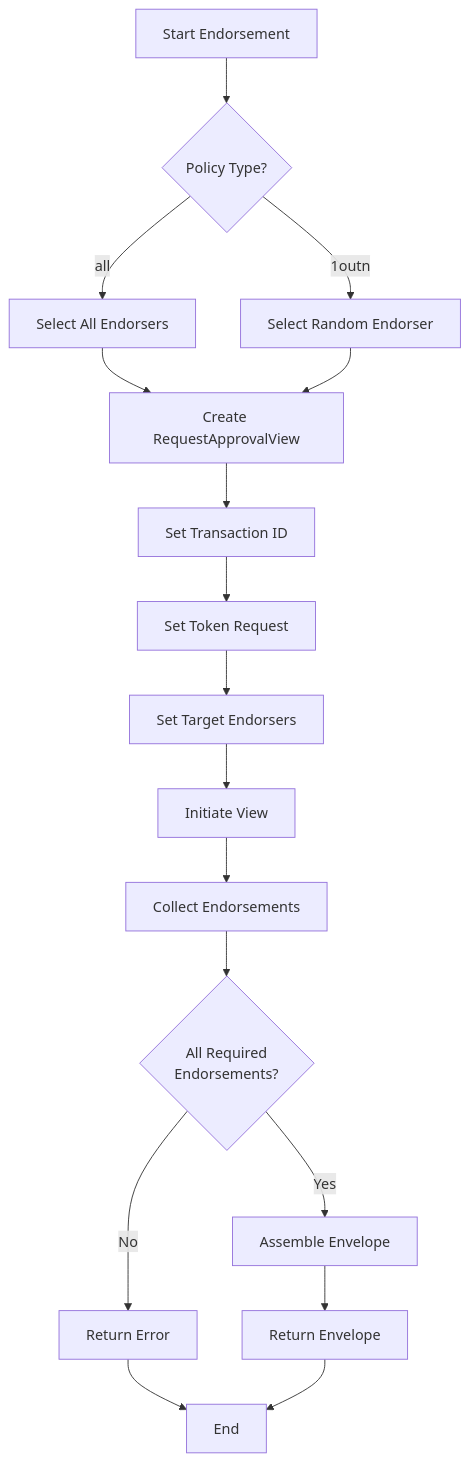
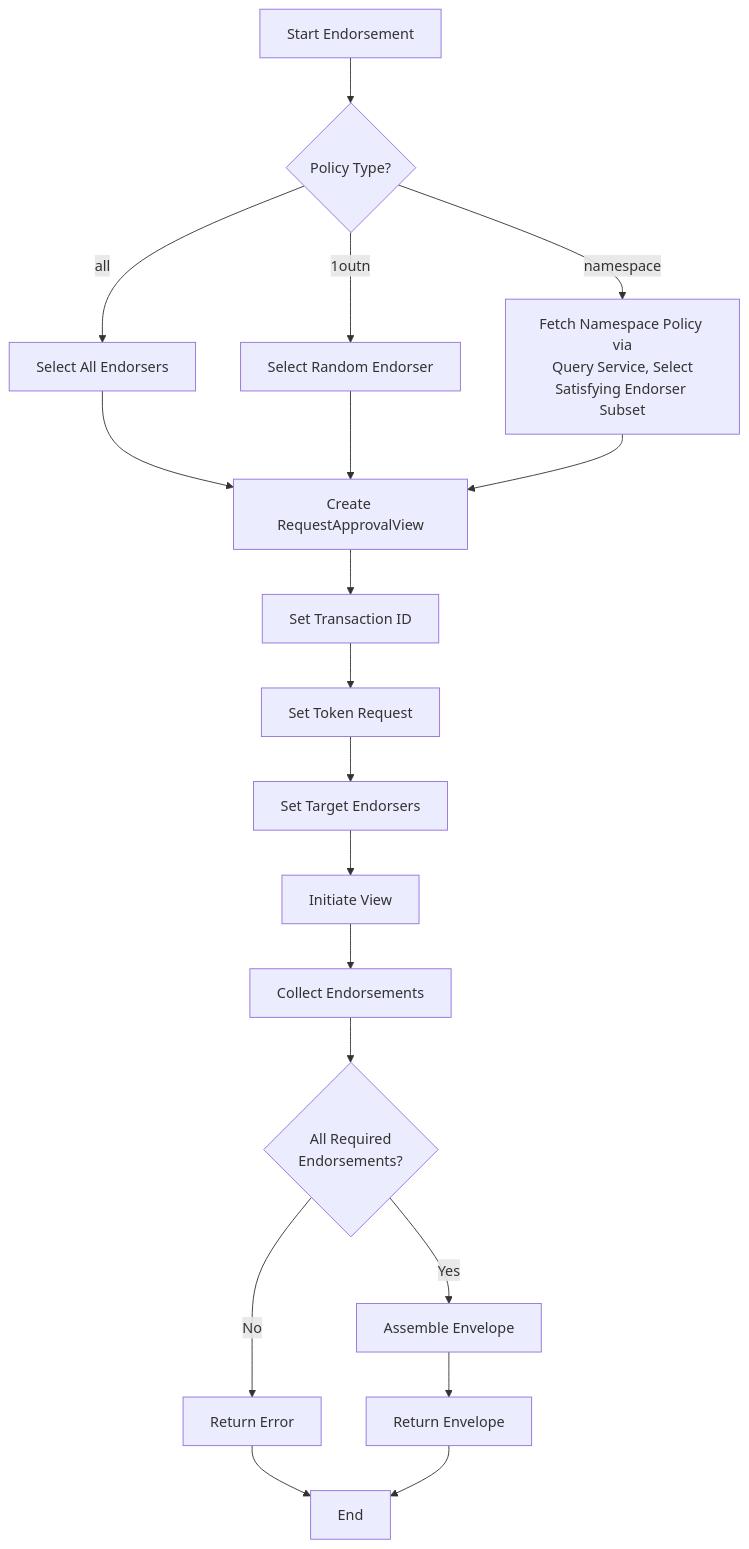
Before and after one commit to LFDT-Panurus/panurus: the fourth of 7 diagrams in docs/services/network-fabricx.md, drawn with Mermaid. The commit also changed other lines of this file and 72 other files, not shown here.

````diff
--- a/docs/services/network-fabricx.md
+++ b/docs/services/network-fabricx.md
@@ -225,25 +256,27 @@
 ```mermaid
 graph TB
     Start[Start Endorsement] --> Policy{Policy Type?}
     
     Policy -->|all| SelectAll[Select All Endorsers]
     Policy -->|1outn| SelectOne[Select Random Endorser]
+    Policy -->|namespace| SelectByPolicy[Fetch Namespace Policy via<br/>Query Service, Select<br/>Satisfying Endorser Subset]
     
     SelectAll --> CreateView[Create RequestApprovalView]
     SelectOne --> CreateView
+    SelectByPolicy --> CreateView
     
     CreateView --> SetTxID[Set Transaction ID]
     SetTxID --> SetRequest[Set Token Request]
     SetRequest --> SetEndorsers[Set Target Endorsers]
     
     SetEndorsers --> Initiate[Initiate View]
     Initiate --> Collect[Collect Endorsements]
     
     Collect --> Verify{All Required<br/>Endorsements?}
     Verify -->|No| Error[Return Error]
     Verify -->|Yes| Assemble[Assemble Envelope]
     
     Assemble --> Return[Return Envelope]
     Error --> End[End]
     Return --> End
 ```
````
